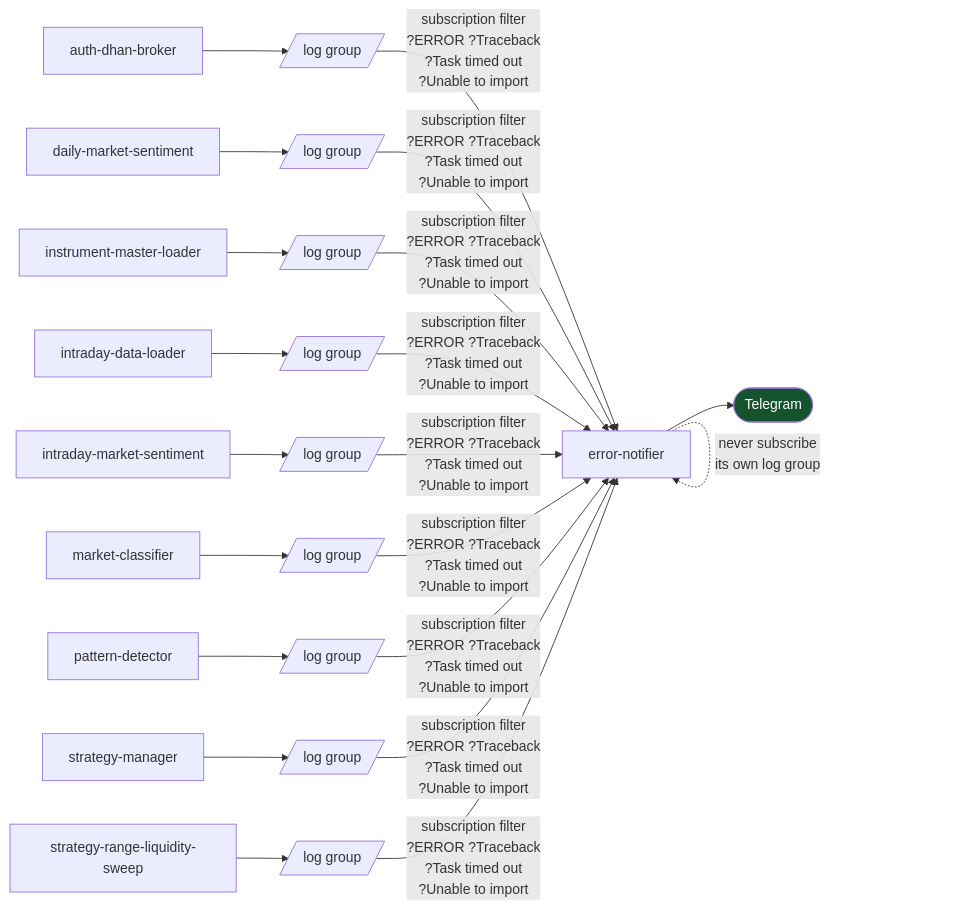
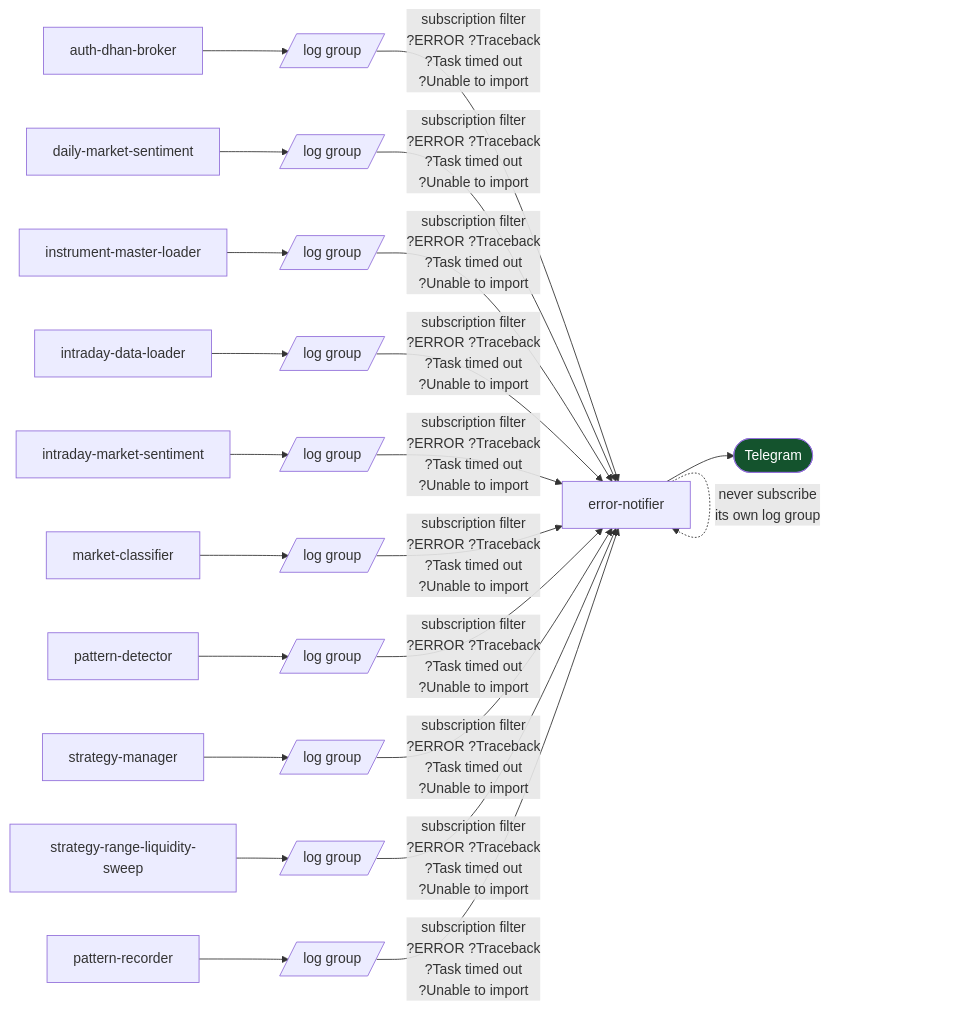
Before and after one commit to amar7585/aws-algo-claude: the seventh of 7 diagrams in docs/flow.md, drawn with Mermaid. The commit also changed other lines of this file and 35 other files, not shown here.

First line of the commit message:
pattern-recorder: run v2 live, record patterns to algo.pattern_events

````diff
--- a/docs/flow.md
+++ b/docs/flow.md
@@ -474,18 +479,19 @@
 ```mermaid
 flowchart LR
     F1["auth-dhan-broker"] --> LG1[/"log group"/]
     F2["daily-market-sentiment"] --> LG2[/"log group"/]
     F3["instrument-master-loader"] --> LG3[/"log group"/]
     F4["intraday-data-loader"] --> LG4[/"log group"/]
     F5["intraday-market-sentiment"] --> LG5[/"log group"/]
     F6["market-classifier"] --> LG6[/"log group"/]
     F7["pattern-detector"] --> LG7[/"log group"/]
     F8["strategy-manager"] --> LG8[/"log group"/]
     F9["strategy-range-liquidity-sweep"] --> LG9[/"log group"/]
+    F10["pattern-recorder"] --> LG10[/"log group"/]
 
-    LG1 & LG2 & LG3 & LG4 & LG5 & LG6 & LG7 & LG8 & LG9 -->|"subscription filter<br/>?ERROR ?Traceback<br/>?Task timed out<br/>?Unable to import"| EN["error-notifier"]
+    LG1 & LG2 & LG3 & LG4 & LG5 & LG6 & LG7 & LG8 & LG9 & LG10 -->|"subscription filter<br/>?ERROR ?Traceback<br/>?Task timed out<br/>?Unable to import"| EN["error-notifier"]
     EN --> TG(["Telegram"])
     EN -.->|"never subscribe<br/>its own log group"| EN
 
     style TG fill:#14532d,color:#fff
 ```
````
